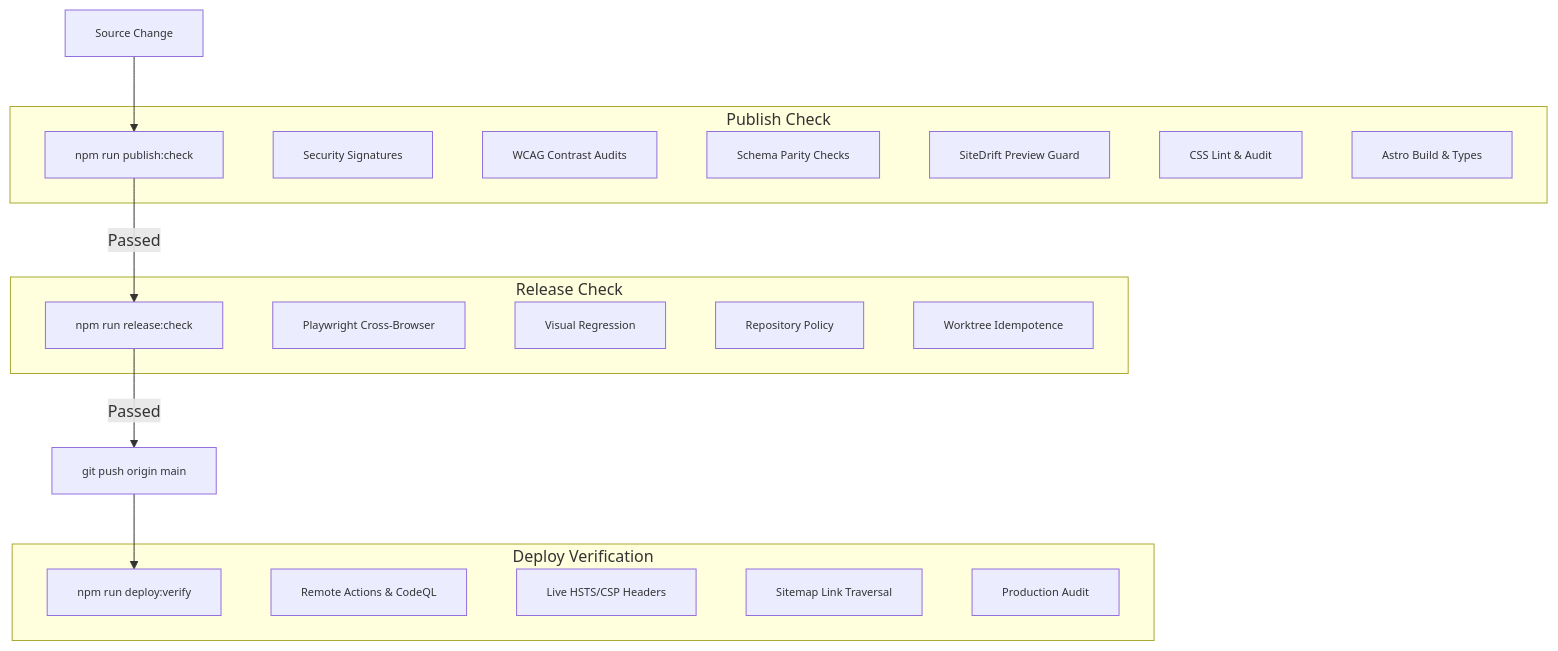
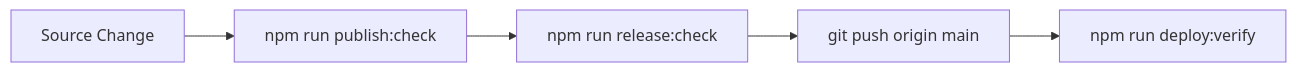
The diagram in README.md (joeseverino/jseverino.com), drawn with Mermaid before and after one commit. The commit also changed other lines of this file and 39 other files, not shown here.

First line of the commit message:
release: v5.1.0 — single-source site identity, harden workflows, modernize docs

````diff
--- a/README.md
+++ b/README.md
@@ -202,35 +201,5 @@
 ```mermaid
-graph TD
-    A["Source Change"] --> B
-    B -->|Passed| C
-    C -->|Passed| D["git push origin main"]
-    D --> E
-    
-    subgraph publish_check ["Publish Check"]
-        B["npm run publish:check"]
-        B1["Security Signatures"]
-        B2["WCAG Contrast Audits"]
-        B3["Schema Parity Checks"]
-        B4["SiteDrift Preview Guard"]
-        B5["CSS Lint & Audit"]
-        B6["Astro Build & Types"]
-    end
-
-    subgraph release_check ["Release Check"]
-        C["npm run release:check"]
-        C1["Playwright Cross-Browser"]
-        C2["Visual Regression"]
-        C3["Repository Policy"]
-        C4["Worktree Idempotence"]
-    end
-
-    subgraph deploy_verify ["Deploy Verification"]
-        E["npm run deploy:verify"]
-        E1["Remote Actions & CodeQL"]
-        E2["Live HSTS/CSP Headers"]
-        E3["Sitemap Link Traversal"]
-        E4["Production Audit"]
-    end
-
-    classDef default font-size:11px;
+%%{init: { "htmlLabels": false } }%%
+graph LR
+    A["Source Change"] --> B["npm run publish:check"] --> C["npm run release:check"] --> D["git push origin main"] --> E["npm run deploy:verify"]
 ```
````
